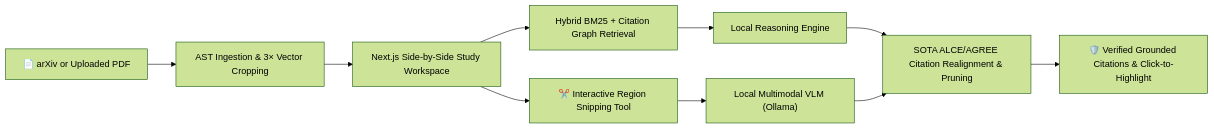
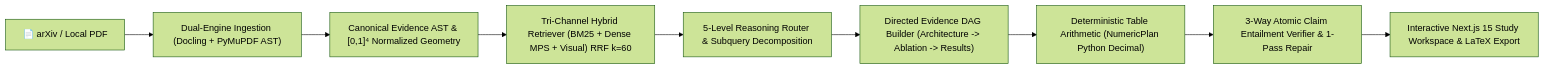
Before and after one commit to prithvi-kaizen/ScholAR: the diagram in README.md, drawn with Mermaid (forest theme). The commit also changed other lines of this file and 24 other files, not shown here.

First line of the commit message:
docs(readme): rewrite README.md for EACL 2027 multi-level reasoning freeze and add multi-hop visual test cases

````diff
--- a/README.md
+++ b/README.md
@@ -25,11 +30,11 @@
 ```mermaid
 flowchart LR
-    PDF["📄 arXiv or Uploaded PDF"] --> AST["AST Ingestion & 3× Vector Cropping"]
-    AST --> Workspace["Next.js Side-by-Side Study Workspace"]
-    Workspace --> Marquee["✂️ Interactive Region Snipping Tool"]
-    Marquee --> VLM["Local Multimodal VLM (Ollama)"]
-    Workspace --> BM25["Hybrid BM25 + Citation Graph Retrieval"]
-    BM25 --> LLM["Local Reasoning Engine"]
-    LLM & VLM --> ALCE["SOTA ALCE/AGREE Citation Realignment & Pruning"]
-    ALCE --> Verified["🛡️ Verified Grounded Citations & Click-to-Highlight"]
+    PDF["📄 arXiv / Local PDF"] --> Dual["Dual-Engine Ingestion (Docling + PyMuPDF AST)"]
+    Dual --> AST["Canonical Evidence AST & [0,1]⁴ Normalized Geometry"]
+    AST --> RRF["Tri-Channel Hybrid Retriever (BM25 + Dense MPS + Visual) RRF k=60"]
+    RRF --> Router["5-Level Reasoning Router & Subquery Decomposition"]
+    Router --> DAG["Directed Evidence DAG Builder (Architecture -> Ablation -> Results)"]
+    DAG --> Math["Deterministic Table Arithmetic (NumericPlan Python Decimal)"]
+    Math --> Verifier["3-Way Atomic Claim Entailment Verifier & 1-Pass Repair"]
+    Verifier --> UI["Interactive Next.js 15 Study Workspace & LaTeX Export"]
 ```
````
